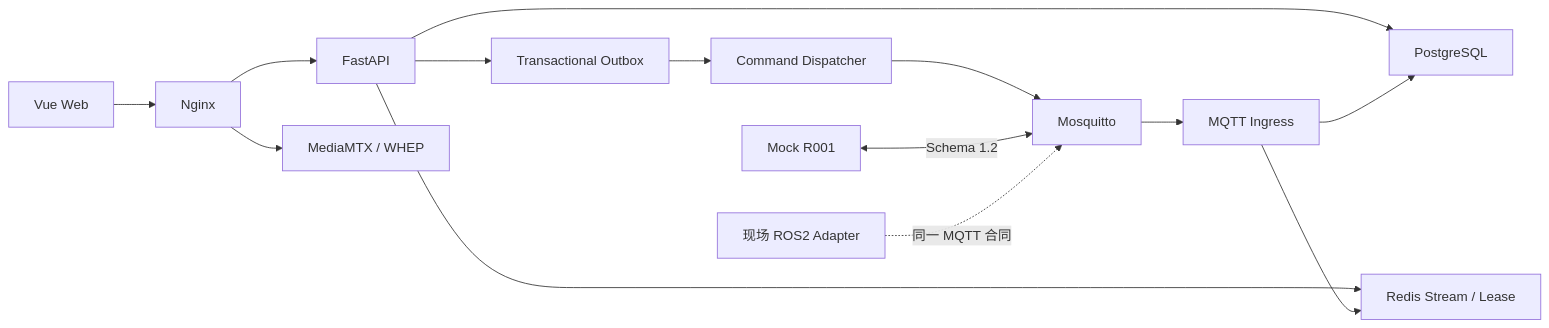
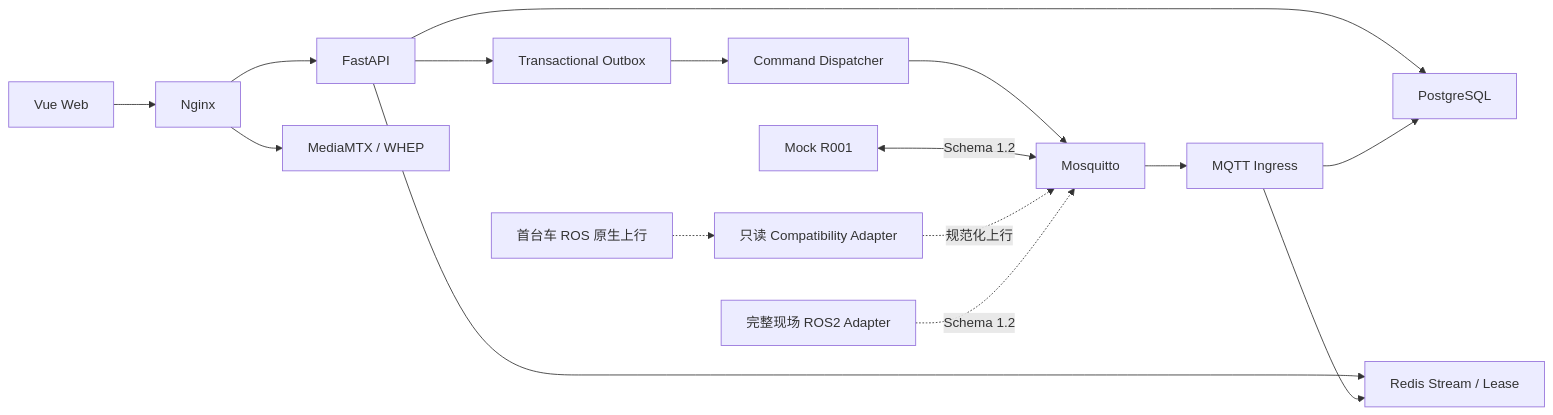
The diagram in README.md (guolichen007/ROBOT-Web), drawn with Mermaid before and after one commit. The commit also changed other lines of this file and 57 other files, not shown here.

Commit message:
feat: upgrade industrial operations and ROS compatibility

````diff
--- a/README.md
+++ b/README.md
@@ -26,16 +26,18 @@
 ```mermaid
 flowchart LR
   WEB["Vue Web"] --> NGINX["Nginx"]
   NGINX --> API["FastAPI"]
   NGINX --> MEDIA["MediaMTX / WHEP"]
   API --> PG["PostgreSQL"]
   API --> REDIS["Redis Stream / Lease"]
   MQTT["Mosquitto"] --> INGRESS["MQTT Ingress"]
   API --> OUTBOX["Transactional Outbox"]
   OUTBOX --> DISPATCHER["Command Dispatcher"]
   DISPATCHER --> MQTT
   INGRESS --> PG
   INGRESS --> REDIS
   MOCK["Mock R001"] <-->|"Schema 1.2"| MQTT
-  ROS2["现场 ROS2 Adapter"] -.->|"同一 MQTT 合同"| MQTT
+  ROSNATIVE["首台车 ROS 原生上行"] -.-> COMPAT["只读 Compatibility Adapter"]
+  COMPAT -.->|"规范化上行"| MQTT
+  ROS2["完整现场 ROS2 Adapter"] -.->|"Schema 1.2"| MQTT
 ```
````
